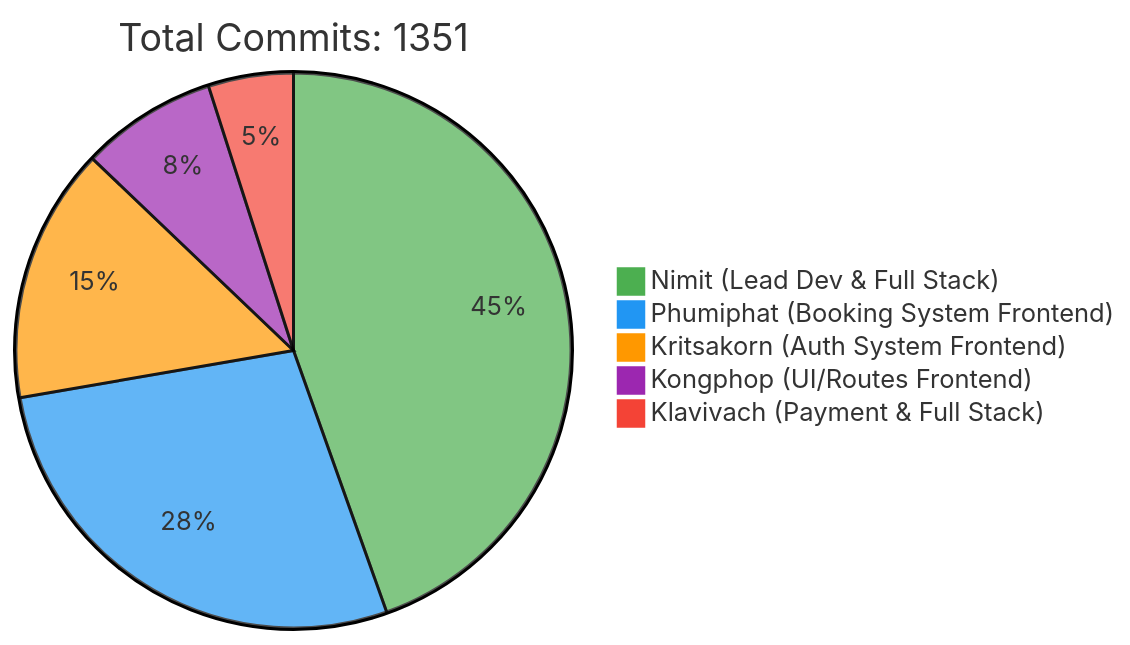
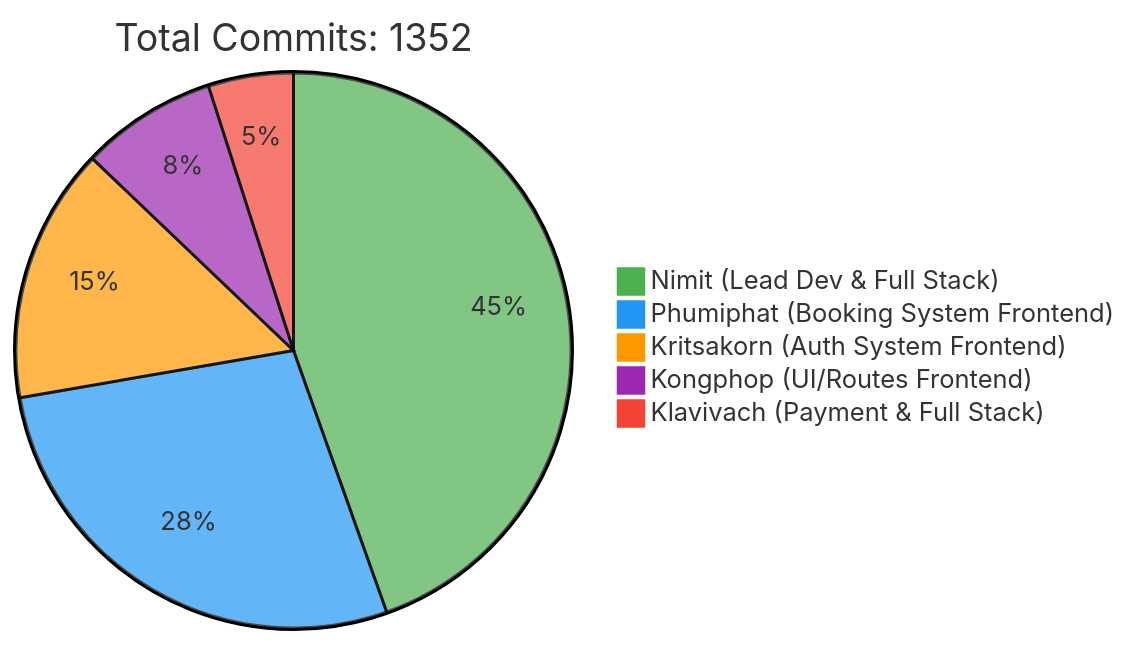
One commit to 6531503042/Sport-Complex changed the first of 2 diagrams in README.md. Above: the diagram before and after it, drawn with Mermaid. The commit also changed other lines of this file, not shown here.

Commit message:
docs: Update contributor statistics [skip ci]

````diff
--- a/README.md
+++ b/README.md
@@ -257,10 +257,10 @@
 ```mermaid
 %%{init: {'theme': 'base', 'themeVariables': { 'pie1': '#4CAF50', 'pie2': '#2196F3', 'pie3': '#FF9800', 'pie4': '#9C27B0', 'pie5': '#F44336'}}}%%
 pie
-    title Total Commits: 1351
+    title Total Commits: 1352
     "Nimit (Lead Dev & Full Stack)" : 450
     "Phumiphat (Booking System Frontend)" : 280
     "Kritsakorn (Auth System Frontend)" : 150
     "Kongphop (UI/Routes Frontend)" : 80
     "Klavivach (Payment & Full Stack)" : 50
 ```
````
